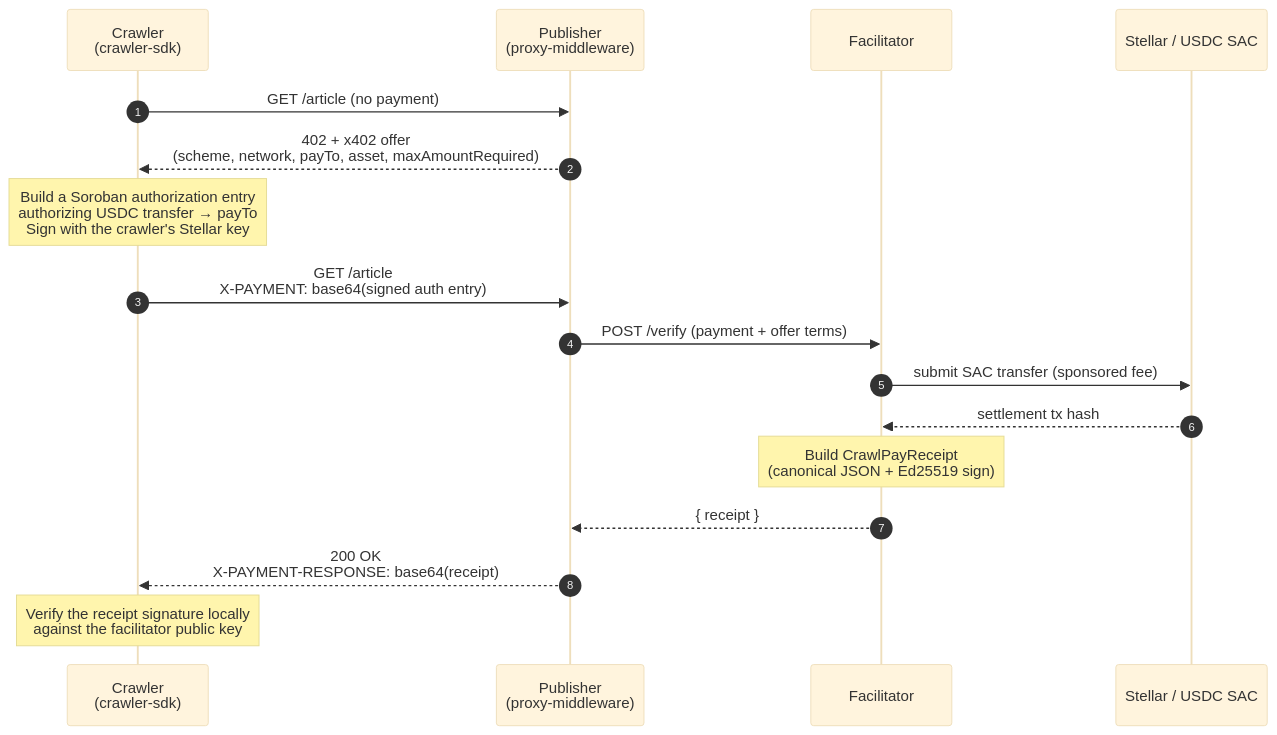
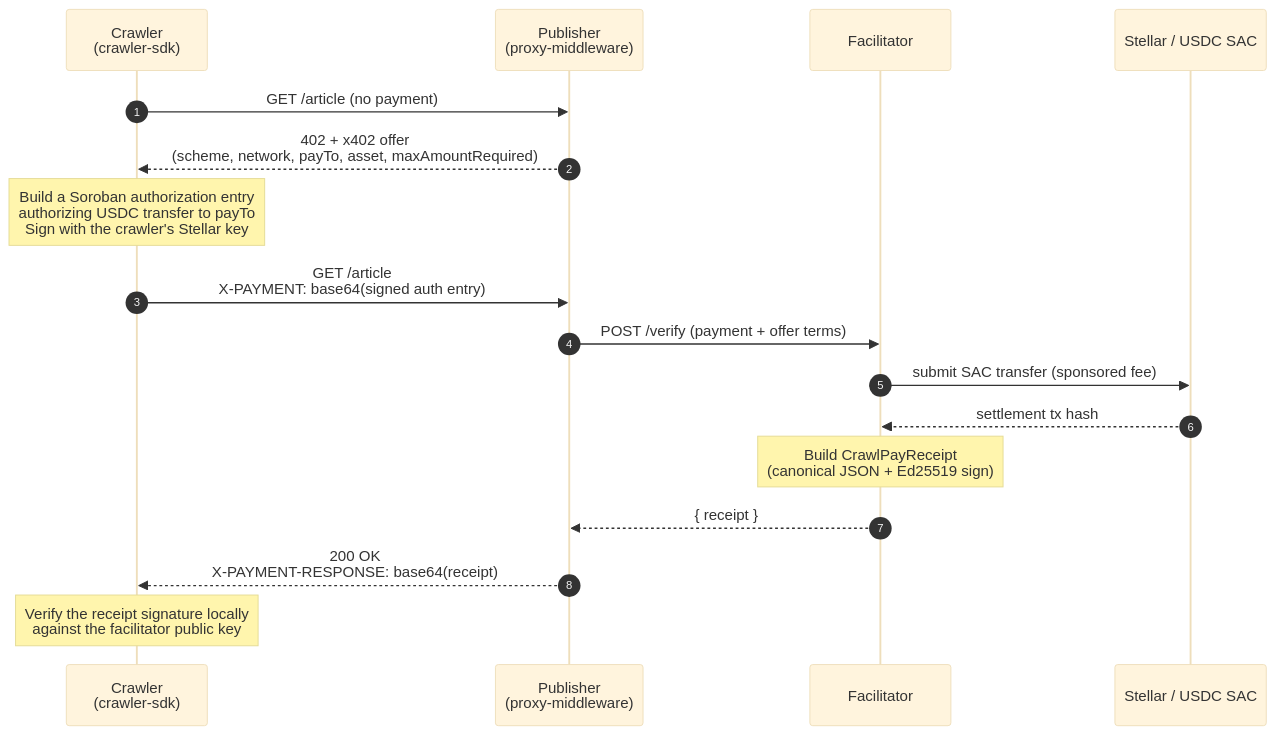
One commit to DingTom23/octroi changed the second of 2 diagrams in README.md. Above: the diagram before and after it, drawn with Mermaid (base theme). The commit also changed other lines of this file and 90 other files, not shown here.

````diff
--- a/README.md
+++ b/README.md
@@ -106,25 +110,25 @@
 ```mermaid
 sequenceDiagram
   autonumber
   participant C as Crawler<br/>(crawler-sdk)
   participant P as Publisher<br/>(proxy-middleware)
   participant F as Facilitator
   participant S as Stellar / USDC SAC
 
   C->>P: GET /article (no payment)
   P-->>C: 402 + x402 offer<br/>(scheme, network, payTo, asset, maxAmountRequired)
 
-  Note over C: Build a Soroban authorization entry<br/>authorizing USDC transfer → payTo<br/>Sign with the crawler's Stellar key
+  Note over C: Build a Soroban authorization entry<br/>authorizing USDC transfer to payTo<br/>Sign with the crawler's Stellar key
 
   C->>P: GET /article<br/>X-PAYMENT: base64(signed auth entry)
   P->>F: POST /verify (payment + offer terms)
   F->>S: submit SAC transfer (sponsored fee)
   S-->>F: settlement tx hash
 
   Note over F: Build CrawlPayReceipt<br/>(canonical JSON + Ed25519 sign)
 
   F-->>P: { receipt }
   P-->>C: 200 OK<br/>X-PAYMENT-RESPONSE: base64(receipt)
 
   Note over C: Verify the receipt signature locally<br/>against the facilitator public key
 ```
````
